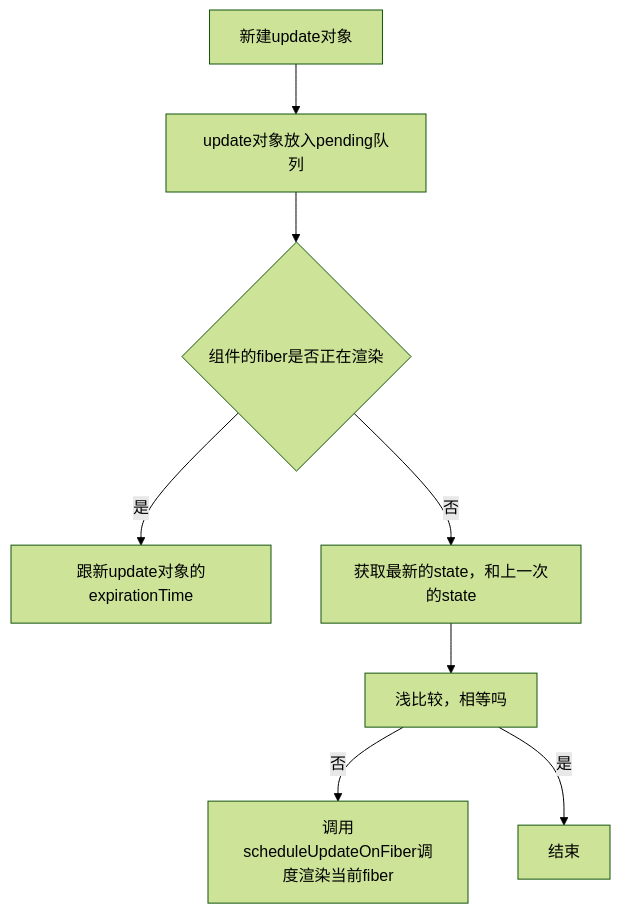
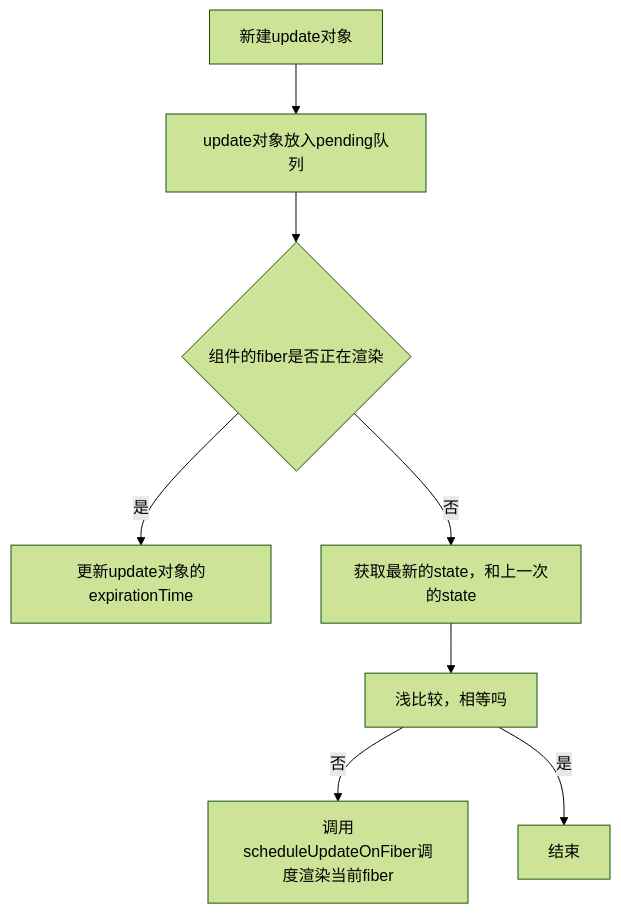
One commit to DENNIE-HONG/note changed the third of 5 diagrams in src/react/hook.md. Above: the diagram before and after it, drawn with Mermaid (forest theme). The commit also changed other lines of this file and 2 other files, not shown here.

````diff
--- a/src/react/hook.md
+++ b/src/react/hook.md
@@ -352,8 +354,8 @@
 ```mermaid
 flowchart TB
-    新建update对象 --> update对象放入pending队列 --> r{组件的fiber是否正在渲染} --是--> 跟新update对象的expirationTime
+    新建update对象 --> update对象放入pending队列 --> r{组件的fiber是否正在渲染} --是--> 更新update对象的expirationTime
     
     r--否--> A[获取最新的state，和上一次的state] --> compare[浅比较，相等吗] --否--> 调用scheduleUpdateOnFiber调度渲染当前fiber
     
     compare --是--> 结束
 ```
````
